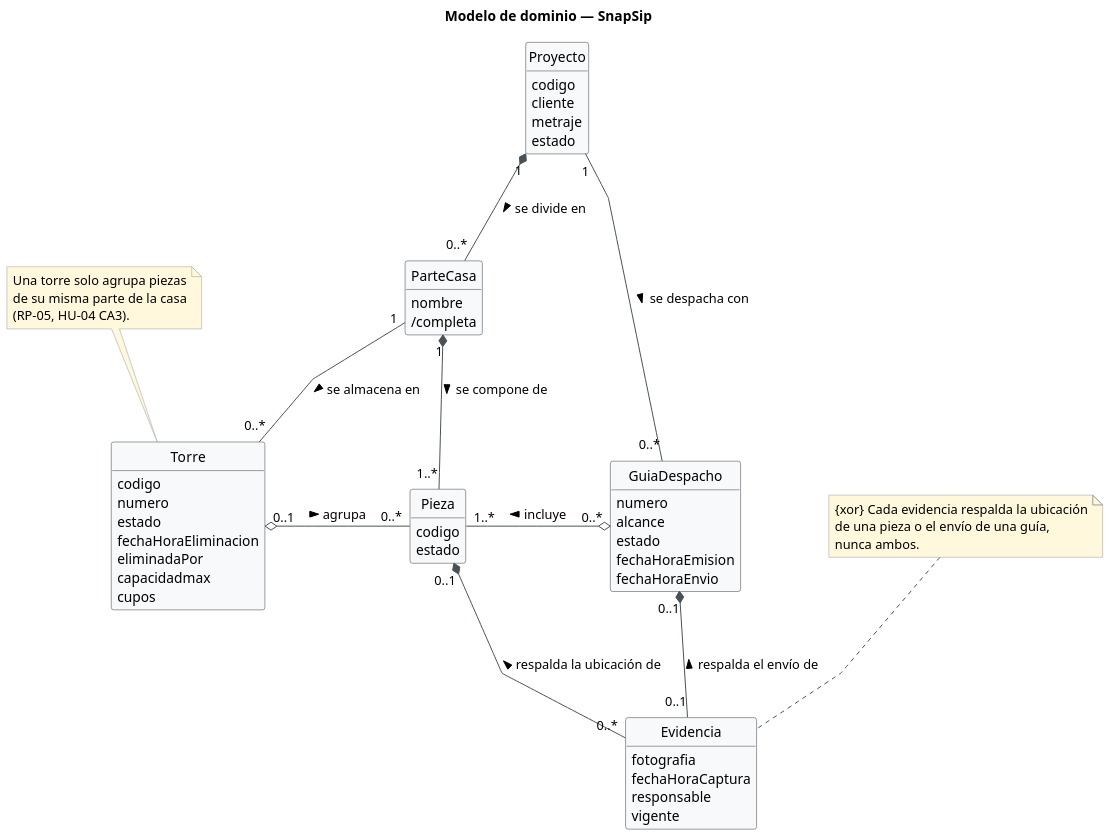
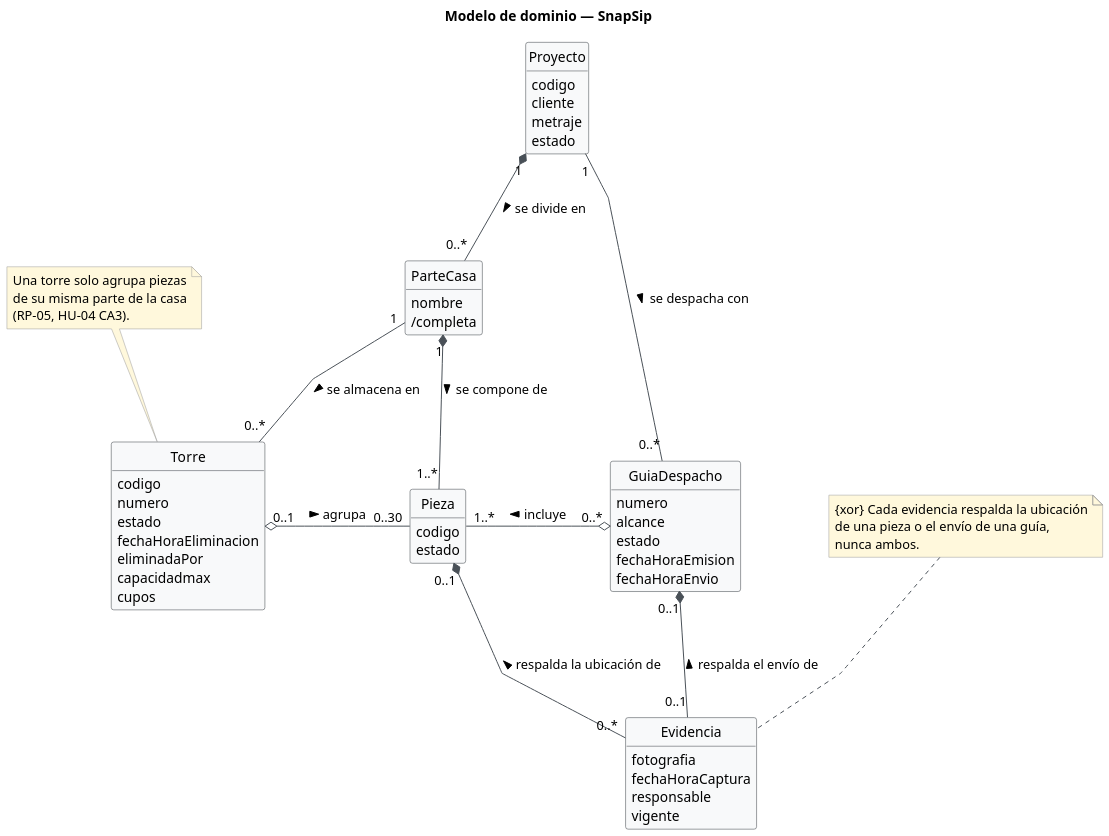
Before and after one commit to Foyzen-Kaze/snapsip: the diagram in diagramas/modelo-de-dominio.puml, drawn with PlantUML.

```diff
--- a/diagramas/modelo-de-dominio.puml
+++ b/diagramas/modelo-de-dominio.puml
@@ -1,87 +1,87 @@
 @startuml modelo-dominio
 hide methods
 hide circle
 hide empty members
 skinparam classAttributeIconSize 0
 skinparam dpi 150
 skinparam linetype polyline
 skinparam nodesep 90
 skinparam ranksep 90
 skinparam shadowing false
 
 skinparam class {
     BackgroundColor #F8F9FA
     BorderColor #343A40
     ArrowColor #495057
 }
 skinparam note {
     BackgroundColor #FFF8DC
     BorderColor #999999
 }
 
 title Modelo de dominio — SnapSip
 
 class Proyecto {
   codigo
   cliente
   metraje
   estado
 }
 
 class ParteCasa {
   nombre
   /completa
 }
 
 class Pieza {
   codigo
   estado
 }
 
 class Torre {
   codigo
   numero
   estado
   fechaHoraEliminacion
   eliminadaPor
   capacidadmax
   cupos
 }
 
 class GuiaDespacho {
   numero
   alcance
   estado
   fechaHoraEmision
   fechaHoraEnvio
 }
 
 class Evidencia {
   fotografia
   fechaHoraCaptura
   responsable
   vigente
 }
 
 ' Composición: ciclo de vida dependiente
 Proyecto "1" *-down- "0..*" ParteCasa : se divide en >
 ParteCasa "1" *-down- "1..*" Pieza : se compone de >
 Pieza "0..1" *-down- "0..*" Evidencia : respalda la ubicación de <
 GuiaDespacho "0..1" *-down- "0..1" Evidencia : respalda el envío de <
 
 ' Agregación: agrupación física o documental temporal
-Torre "0..1" o-right- "0..*" Pieza : agrupa >
+Torre "0..1" o-right- "0..30" Pieza : agrupa >
 GuiaDespacho "0..*" o-left- "1..*" Pieza : incluye >
 
 ' Asociaciones simples
 ParteCasa "1" -down- "0..*" Torre : se almacena en >
 Proyecto "1" -right- "0..*" GuiaDespacho : se despacha con >
 
 ' Restricciones que la multiplicidad no expresa
 note "Una torre solo agrupa piezas\nde su misma parte de la casa\n(RP-05, HU-04 CA3)." as N1
 N1 .. Torre
 
 note "{xor} Cada evidencia respalda la ubicación\nde una pieza o el envío de una guía,\nnunca ambos." as N2
 N2 .. Evidencia
 
 @enduml
```
